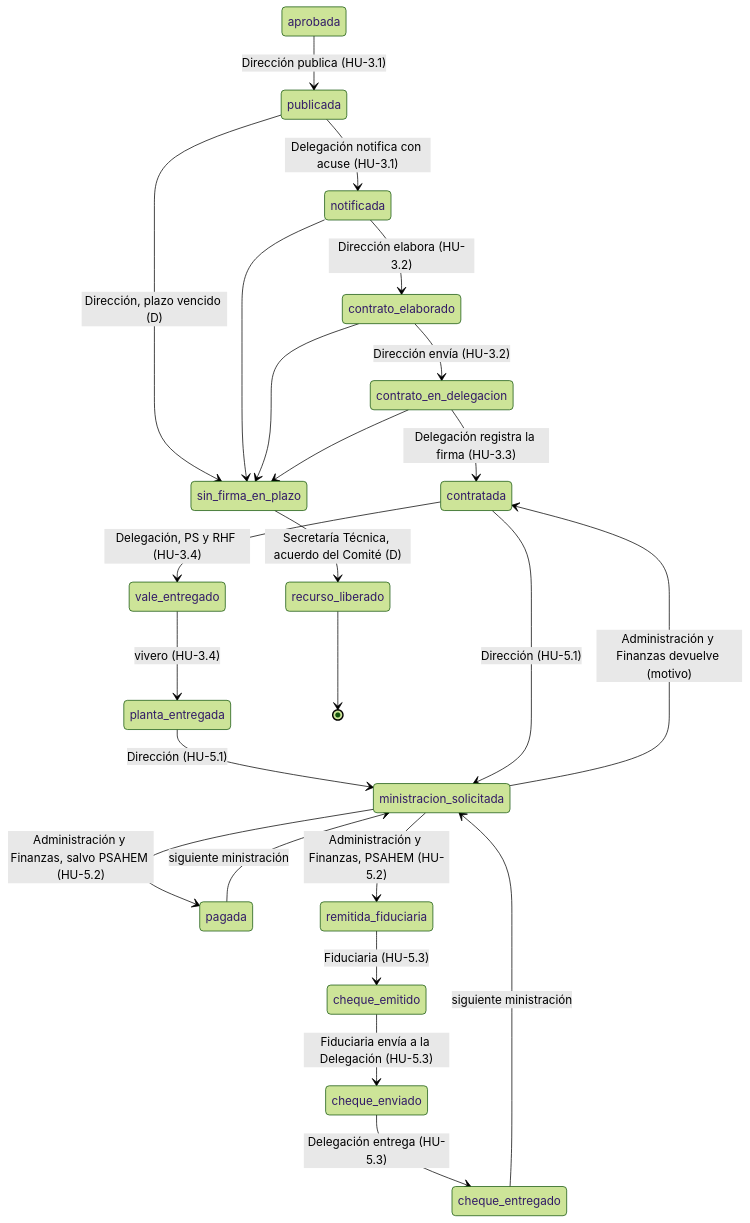
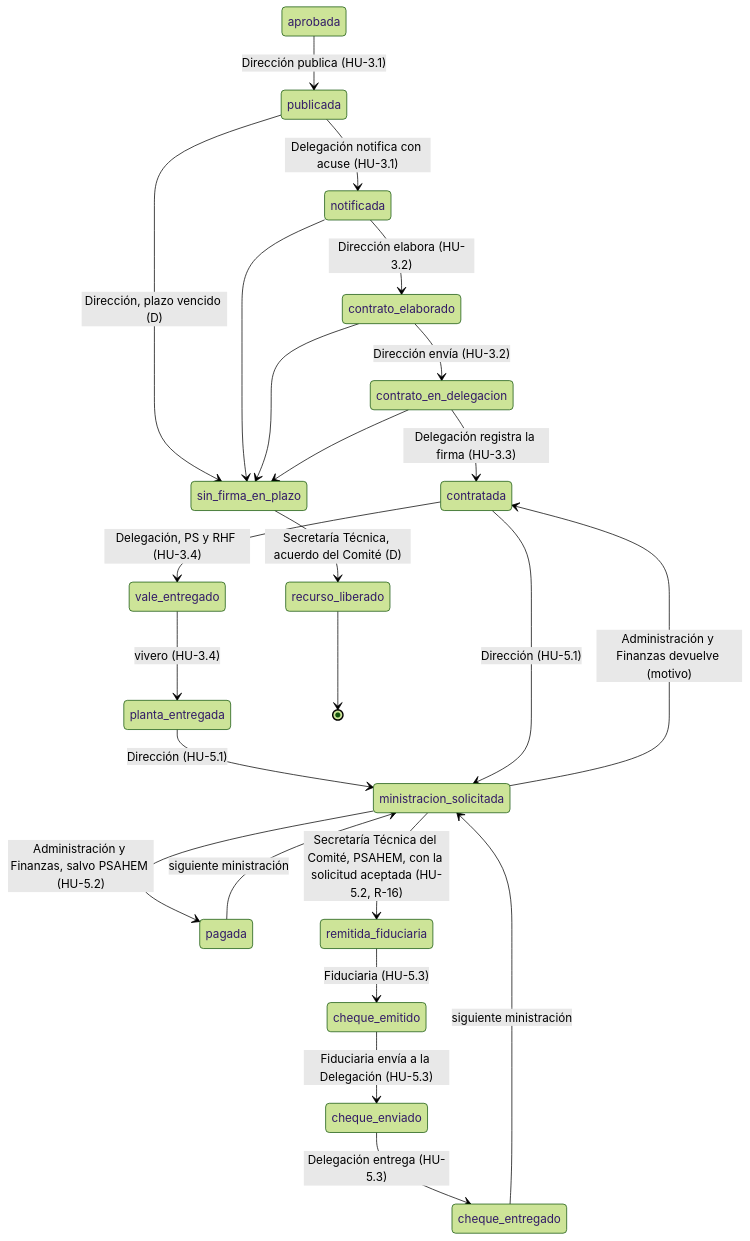
The second of 2 diagrams in sistema/README.md (Zavjosh05/FEPI), drawn with Mermaid (forest theme) before and after one commit. The commit also changed other lines of this file and 32 other files, not shown here.

````diff
--- a/sistema/README.md
+++ b/sistema/README.md
@@ -174,26 +174,26 @@
 ```mermaid
 stateDiagram-v2
     aprobada --> publicada: Dirección publica (HU-3.1)
     publicada --> notificada: Delegación notifica con acuse (HU-3.1)
     notificada --> contrato_elaborado: Dirección elabora (HU-3.2)
     contrato_elaborado --> contrato_en_delegacion: Dirección envía (HU-3.2)
     contrato_en_delegacion --> contratada: Delegación registra la firma (HU-3.3)
     publicada --> sin_firma_en_plazo: Dirección, plazo vencido (D)
     notificada --> sin_firma_en_plazo
     contrato_elaborado --> sin_firma_en_plazo
     contrato_en_delegacion --> sin_firma_en_plazo
     sin_firma_en_plazo --> recurso_liberado: Secretaría Técnica, acuerdo del Comité (D)
     contratada --> vale_entregado: Delegación, PS y RHF (HU-3.4)
     vale_entregado --> planta_entregada: vivero (HU-3.4)
     planta_entregada --> ministracion_solicitada: Dirección (HU-5.1)
     contratada --> ministracion_solicitada: Dirección (HU-5.1)
     ministracion_solicitada --> contratada: Administración y Finanzas devuelve (motivo)
     ministracion_solicitada --> pagada: Administración y Finanzas, salvo PSAHEM (HU-5.2)
     pagada --> ministracion_solicitada: siguiente ministración
-    ministracion_solicitada --> remitida_fiduciaria: Administración y Finanzas, PSAHEM (HU-5.2)
+    ministracion_solicitada --> remitida_fiduciaria: Secretaría Técnica del Comité, PSAHEM, con la solicitud aceptada (HU-5.2, R-16)
     remitida_fiduciaria --> cheque_emitido: Fiduciaria (HU-5.3)
     cheque_emitido --> cheque_enviado: Fiduciaria envía a la Delegación (HU-5.3)
     cheque_enviado --> cheque_entregado: Delegación entrega (HU-5.3)
     cheque_entregado --> ministracion_solicitada: siguiente ministración
     recurso_liberado --> [*]
 ```
````
